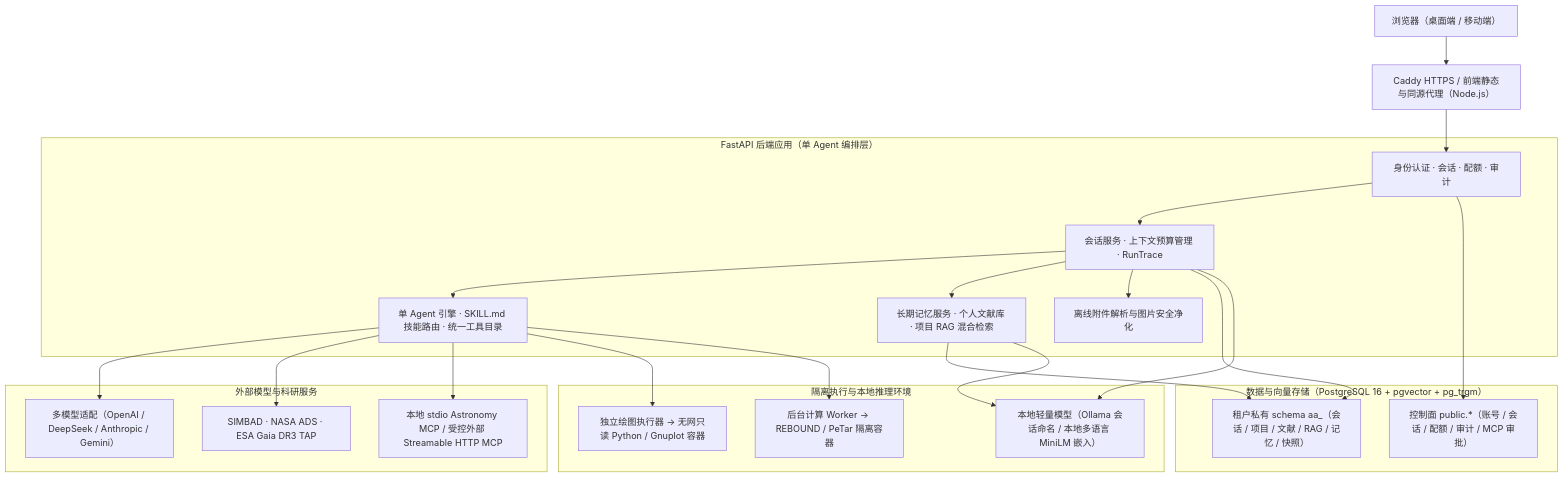
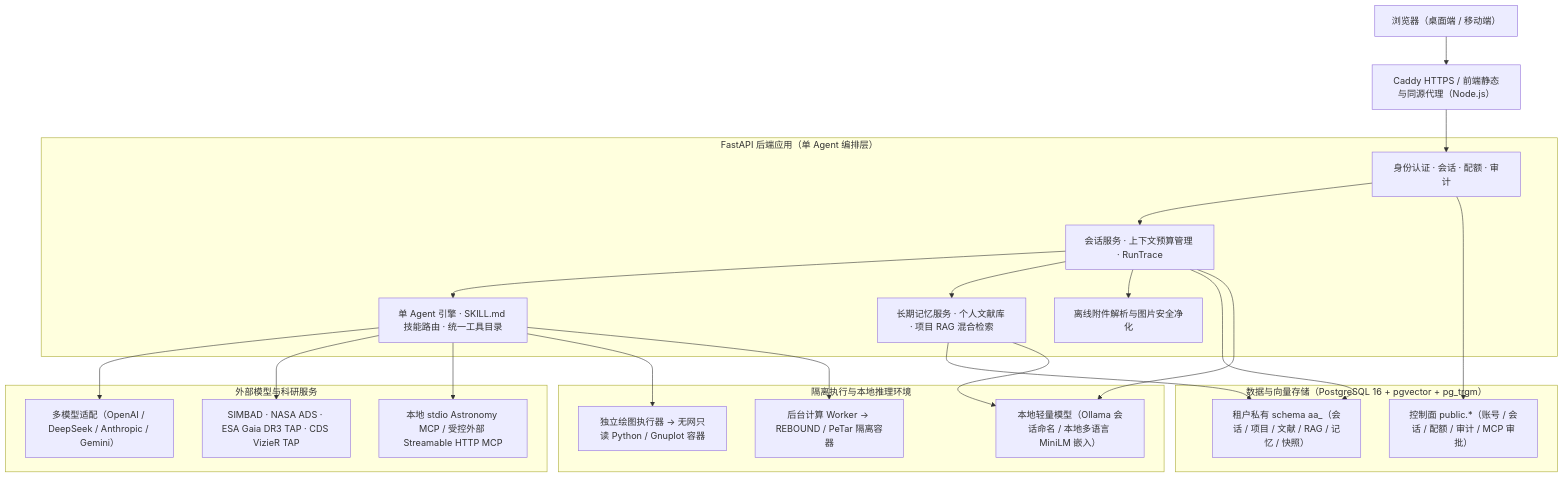
Before and after one commit to lct808846/siderfolio: the diagram in README.md, drawn with Mermaid. The commit also changed other lines of this file and 75 other files, not shown here.

````diff
--- a/README.md
+++ b/README.md
@@ -71,48 +68,48 @@
 ```mermaid
 flowchart TB
     User["浏览器（桌面端 / 移动端）"] --> Ingress["Caddy HTTPS / 前端静态与同源代理（Node.js）"]
 
     subgraph App["FastAPI 后端应用（单 Agent 编排层）"]
         Auth["身份认证 · 会话 · 配额 · 审计"]
         Conv["会话服务 · 上下文预算管理 · RunTrace"]
         Agent["单 Agent 引擎 · SKILL.md 技能路由 · 统一工具目录"]
         MemRag["长期记忆服务 · 个人文献库 · 项目 RAG 混合检索"]
         Attach["离线附件解析与图片安全净化"]
     end
 
     Ingress --> Auth
     Auth --> Conv
     Conv --> Agent
     Conv --> MemRag
     Conv --> Attach
 
     subgraph Data["数据与向量存储（PostgreSQL 16 + pgvector + pg_trgm）"]
         PublicSchema["控制面 public.*（账号 / 会话 / 配额 / 审计 / MCP 审批）"]
         TenantSchema["租户私有 schema aa_<hex>（会话 / 项目 / 文献 / RAG / 记忆 / 快照）"]
     end
 
     Auth --> PublicSchema
     Conv --> TenantSchema
     MemRag --> TenantSchema
 
     subgraph Ext["外部模型与科研服务"]
         LLM["多模型适配（OpenAI / DeepSeek / Anthropic / Gemini）"]
-        Astro["SIMBAD · NASA ADS · ESA Gaia DR3 TAP"]
+        Astro["SIMBAD · NASA ADS · ESA Gaia DR3 TAP · CDS VizieR TAP"]
         MCP["本地 stdio Astronomy MCP / 受控外部 Streamable HTTP MCP"]
     end
 
     Agent --> LLM
     Agent --> Astro
     Agent --> MCP
 
     subgraph Sandbox["隔离执行与本地推理环境"]
         PlotExec["独立绘图执行器 → 无网只读 Python / Gnuplot 容器"]
         Compute["后台计算 Worker → REBOUND / PeTar 隔离容器"]
         LocalAI["本地轻量模型（Ollama 会话命名 / 本地多语言 MiniLM 嵌入）"]
     end
 
     Agent --> PlotExec
     Agent --> Compute
     MemRag --> LocalAI
     Conv --> LocalAI
 ```
````
